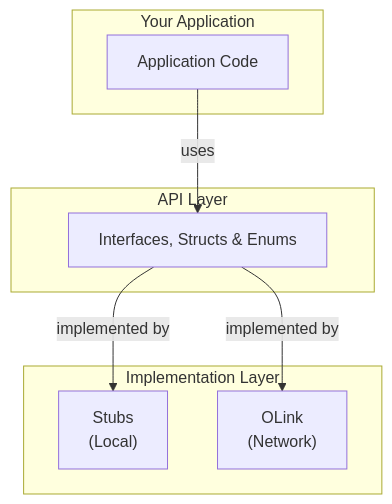
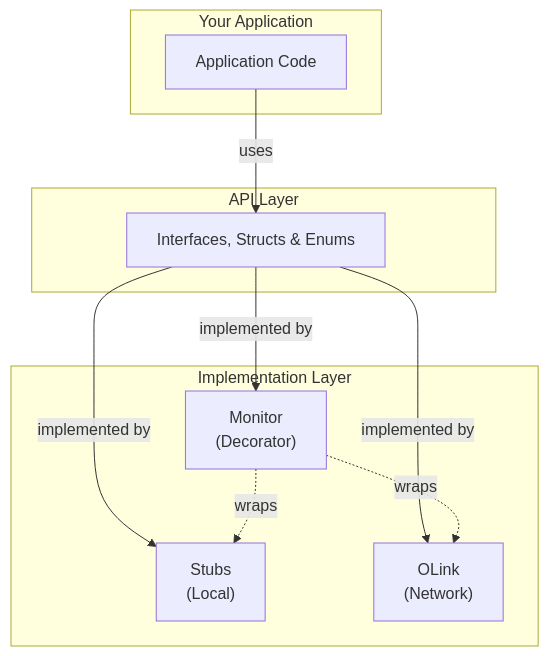
The diagram in docs/docs/features/features.md (apigear-io/template-unreal), drawn with Mermaid before and after one commit. The commit also changed other lines of this file and 1 other file, not shown here.

Commit message:
docs(monitor): add feature documentation

````diff
--- a/docs/docs/features/features.md
+++ b/docs/docs/features/features.md
@@ -61,19 +62,23 @@
 ```mermaid
 graph TD
     subgraph Application[" Your Application "]
         App[Application Code]
     end
 
     subgraph API[" API Layer "]
         Interface[Interfaces, Structs & Enums]
     end
 
     subgraph Implementations[" Implementation Layer "]
         Stubs["Stubs<br/>(Local)"]
         OLink["OLink<br/>(Network)"]
+        Monitor["Monitor<br/>(Decorator)"]
     end
 
     App -->|uses| Interface
     Interface -->|implemented by| Stubs
     Interface -->|implemented by| OLink
+    Interface -->|implemented by| Monitor
+    Monitor -.->|wraps| Stubs
+    Monitor -.->|wraps| OLink
 ```
````
